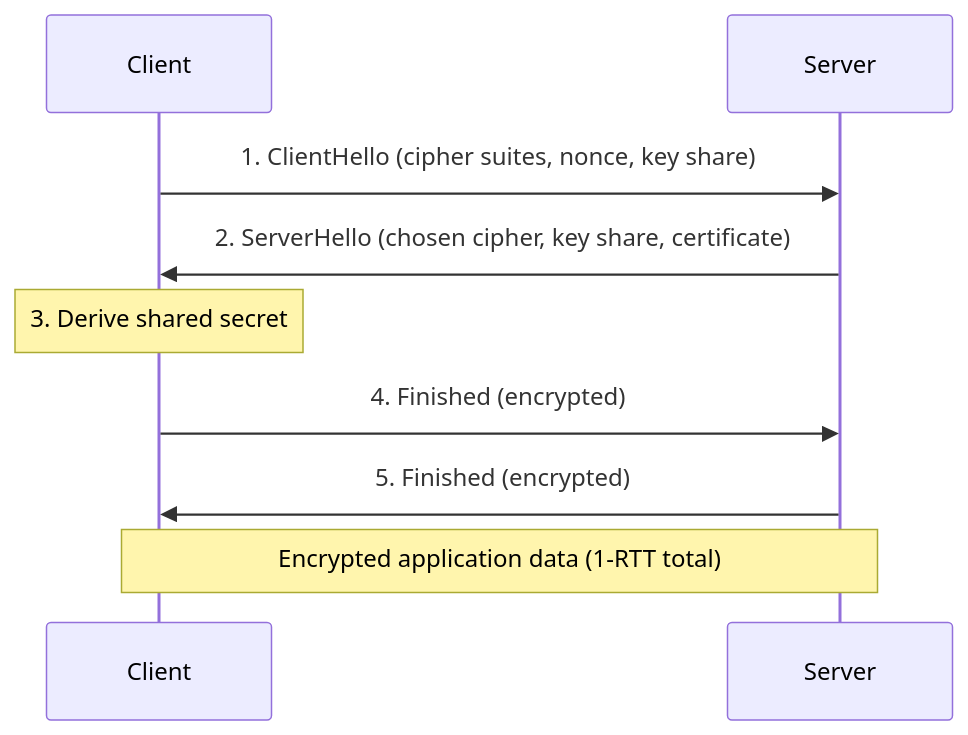
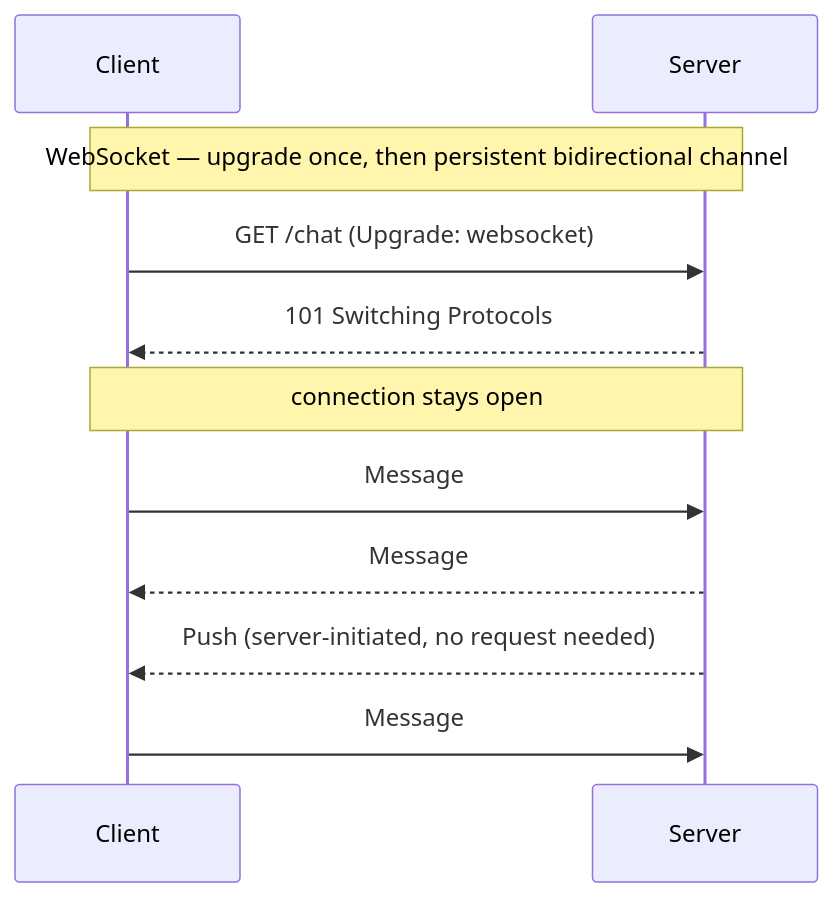
Before and after one commit to itch-n/docs: the eighth of 9 diagrams in docs/systems/03-networking-fundamentals.md, drawn with Mermaid. The commit also changed other lines of this file, not shown here.

First line of the commit message:
restructure networking doc: RTC section with polling→SSE→WebSockets progression

````diff
--- a/docs/systems/03-networking-fundamentals.md
+++ b/docs/systems/03-networking-fundamentals.md
@@ -535,11 +637,13 @@
 ```mermaid
 sequenceDiagram
     participant C as Client
     participant S as Server
-    C->>S: 1. ClientHello (cipher suites, nonce, key share)
-    S->>C: 2. ServerHello (chosen cipher, key share, certificate)
-    Note over C: 3. Derive shared secret
-    C->>S: 4. Finished (encrypted)
-    S->>C: 5. Finished (encrypted)
-    Note over C,S: Encrypted application data (1-RTT total)
+    Note over C,S: WebSocket — upgrade once, then persistent bidirectional channel
+    C->>S: GET /chat (Upgrade: websocket)
+    S-->>C: 101 Switching Protocols
+    Note over C,S: connection stays open
+    C->>S: Message
+    S-->>C: Message
+    S-->>C: Push (server-initiated, no request needed)
+    C->>S: Message
 ```
````
